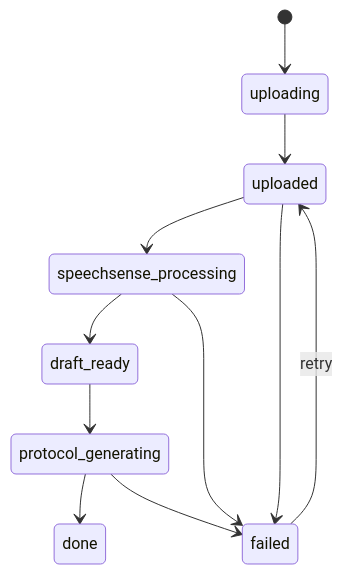
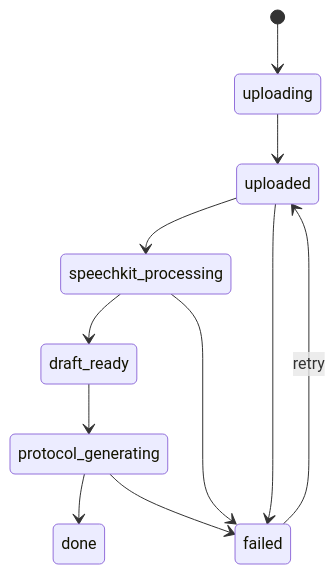
One commit to Gumbatali/YaSpeech-Public changed the first of 3 diagrams in docs/project-handbook/04-system-analysis/state-and-sequence.md. Above: the diagram before and after it, drawn with Mermaid. The commit also changed other lines of this file and 16 other files, not shown here.

````diff
--- a/docs/project-handbook/04-system-analysis/state-and-sequence.md
+++ b/docs/project-handbook/04-system-analysis/state-and-sequence.md
@@ -5,13 +5,13 @@
 ```mermaid
 stateDiagram-v2
   [*] --> uploading
   uploading --> uploaded
-  uploaded --> speechsense_processing
-  speechsense_processing --> draft_ready
+  uploaded --> speechkit_processing
+  speechkit_processing --> draft_ready
   draft_ready --> protocol_generating
   protocol_generating --> done
   uploaded --> failed
-  speechsense_processing --> failed
+  speechkit_processing --> failed
   protocol_generating --> failed
   failed --> uploaded : retry
 ```
````
